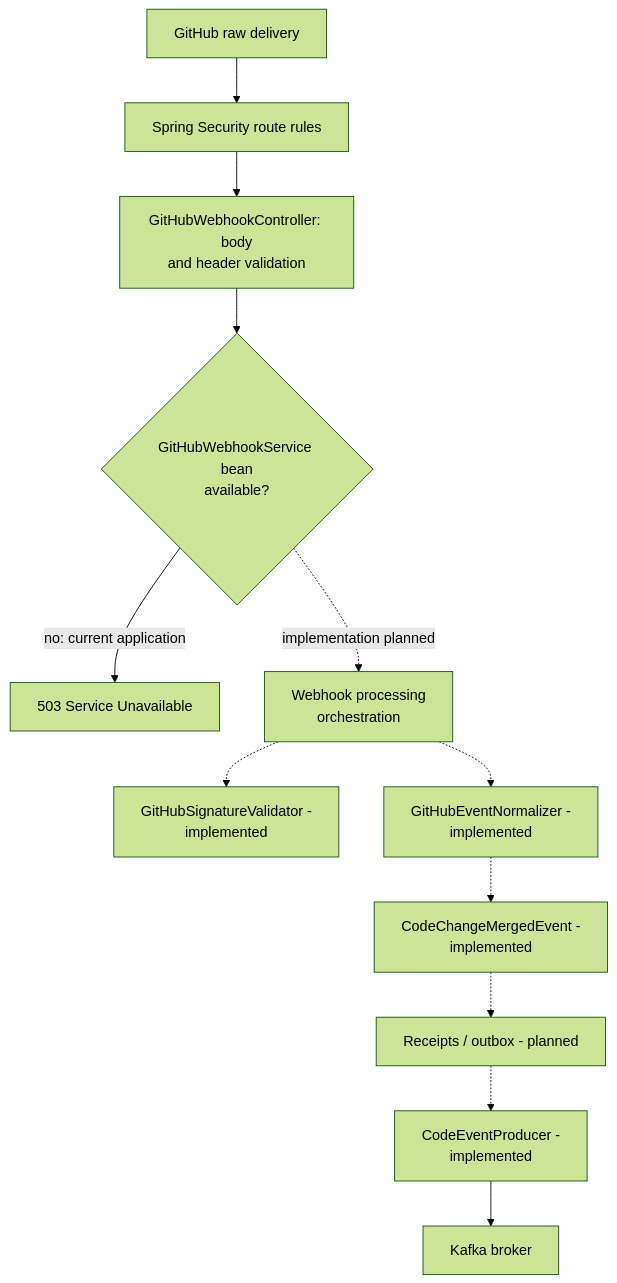
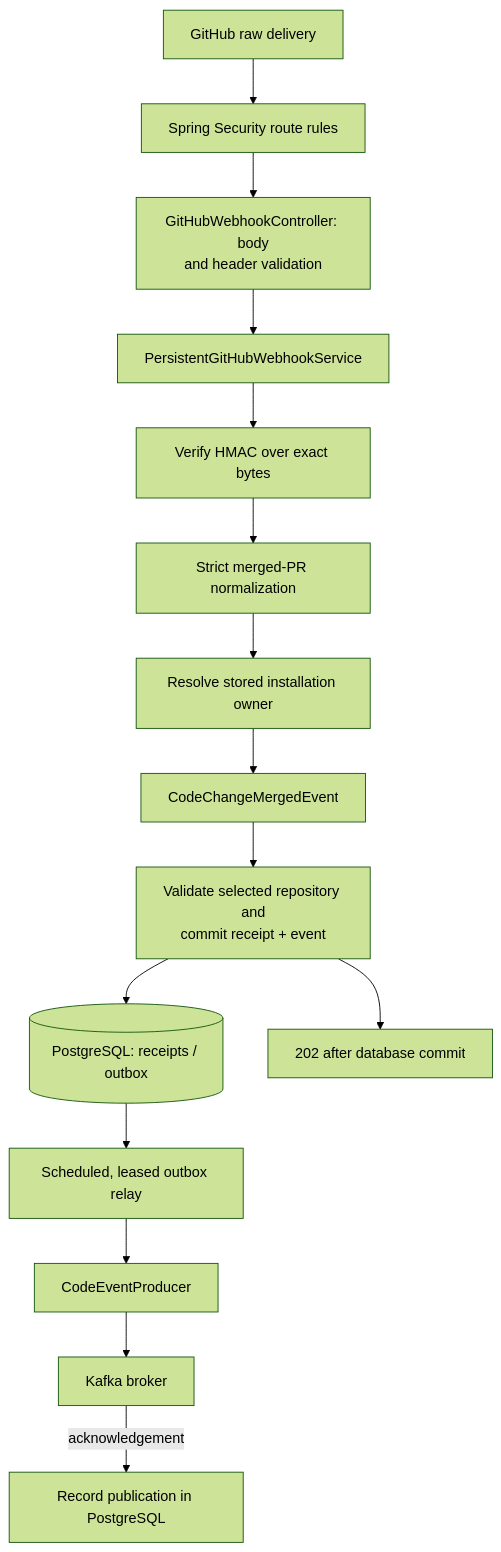
One commit to ChangeGuardHQ/changuard-platform changed the first of 12 diagrams in backend/README.md. Above: the diagram before and after it, drawn with Mermaid (forest theme). The commit also changed other lines of this file and 29 other files, not shown here.

Commit message:
added postgreSQL and connector persistence

````diff
--- a/backend/README.md
+++ b/backend/README.md
@@ -31,14 +32,17 @@
 ```mermaid
 flowchart TD
     GitHub["GitHub raw delivery"] --> Security["Spring Security route rules"]
     Security --> Controller["GitHubWebhookController: body<br/>and header validation"]
-    Controller --> Lookup{"GitHubWebhookService bean<br/>available?"}
-    Lookup -->|"no: current application"| Unavailable["503 Service Unavailable"]
-    Lookup -.->|"implementation planned"| Processor["Webhook processing<br/>orchestration"]
-    Processor -.-> HMAC["GitHubSignatureValidator -<br/>implemented"]
-    Processor -.-> Normalizer["GitHubEventNormalizer -<br/>implemented"]
-    Normalizer -.-> Event["CodeChangeMergedEvent -<br/>implemented"]
-    Event -.-> Durable["Receipts / outbox - planned"]
-    Durable -.-> Producer["CodeEventProducer -<br/>implemented"]
+    Controller --> Processor["PersistentGitHubWebhookService"]
+    Processor --> HMAC["Verify HMAC over exact bytes"]
+    HMAC --> Normalizer["Strict merged-PR normalization"]
+    Normalizer --> Owner["Resolve stored installation owner"]
+    Owner --> Event["CodeChangeMergedEvent"]
+    Event --> Durable["Validate selected repository and<br/>commit receipt + event"]
+    Durable --> Database[("PostgreSQL: receipts / outbox")]
+    Durable --> Accepted["202 after database commit"]
+    Database --> Relay["Scheduled, leased outbox relay"]
+    Relay --> Producer["CodeEventProducer"]
     Producer --> Kafka["Kafka broker"]
+    Kafka -->|"acknowledgement"| Published["Record publication in PostgreSQL"]
 ```
````
